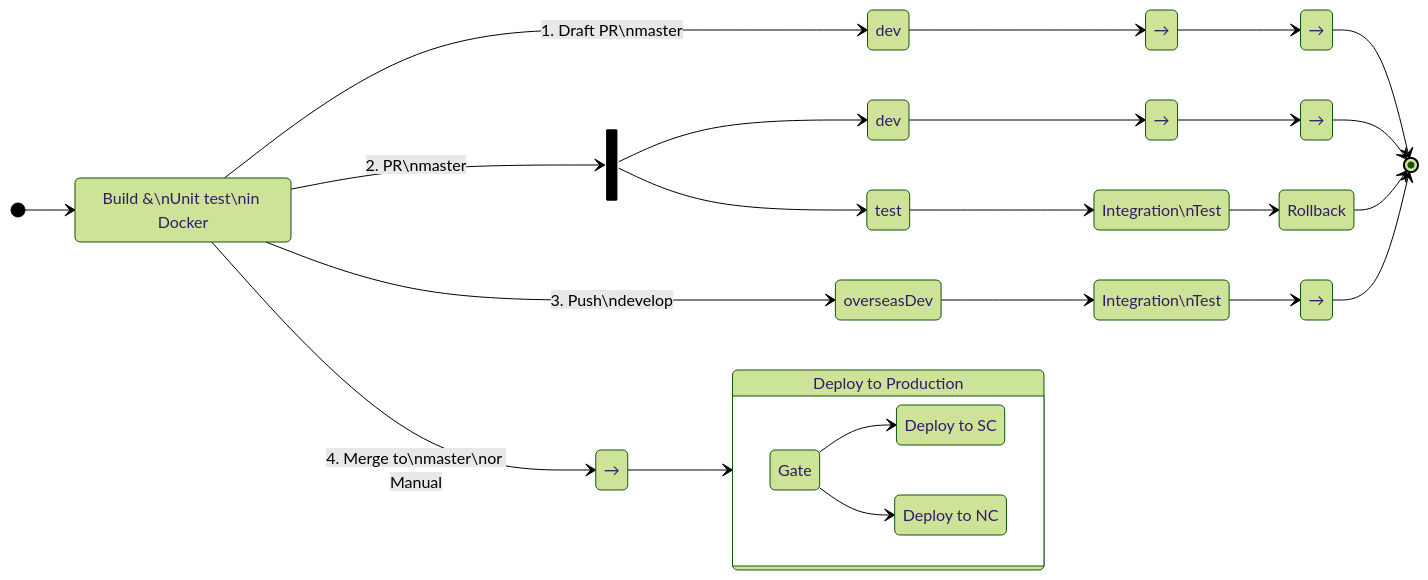
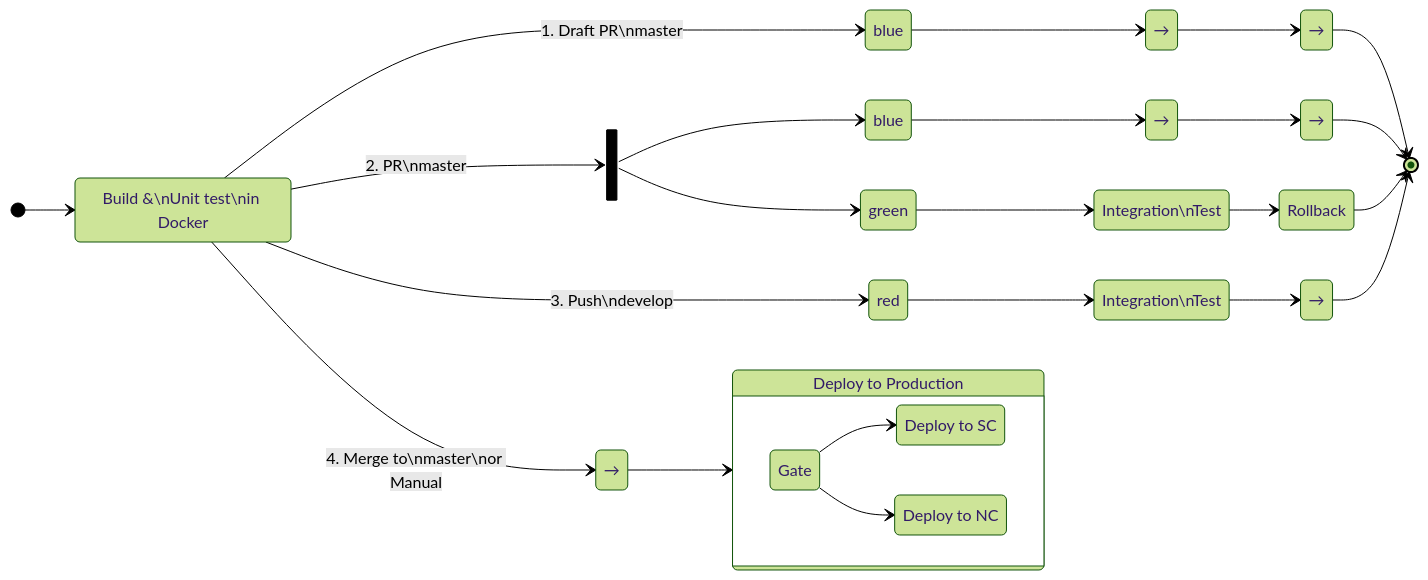
The diagram in _posts/2024-08-21-build-pipeline.md (Seekatar/seekatar.github.io), drawn with Mermaid (forest theme) before and after one commit. The commit also changed other lines of this file and 6 other files, not shown here.

````diff
--- a/_posts/2024-08-21-build-pipeline.md
+++ b/_posts/2024-08-21-build-pipeline.md
@@ -30,60 +33,60 @@
 ```mermaid
 stateDiagram
     direction LR
 
     state "Build &\nUnit test\nin Docker" as b
     state fork <<fork>>
 
     state "→" as i1
     state "→" as i2
     state "Integration\nTest" as i21
     state "Integration\nTest" as i4
 
     state "→" as r1
     state "→" as r2
     state "Rollback" as r21
     state "→" as r4
 
-    state "dev" as d1
-    state "dev" as d2
+    state "blue" as d1
+    state "blue" as d2
 
-    state "overseasDev" as nd
-    state "test" as t
+    state "red" as nd
+    state "green" as t
     state "→" as e2
 
 
     [*] --> b
 
     b --> d1 : 1. Draft PR\nmaster
     d1 --> i1
     i1 --> r1
     r1 --> [*]
 
     b --> fork : 2. PR\nmaster
     fork --> d2
     d2 --> i2
     i2 --> r2
     r2 --> [*]
     fork --> t
     t --> i21
     i21 --> r21
     r21 --> [*]
 
     b --> nd : 3. Push\ndevelop
     nd --> i4
     i4 --> r4
     r4 --> [*]
 
     state "Deploy to Production" as pp
     b --> e2 : 4. Merge to\nmaster\nor Manual
     e2 --> pp
 
 state pp {
     direction LR
     state "Gate" as g
     g --> x
     g --> y
     state "Deploy to SC" as x
     state "Deploy to NC" as y
 }
 ```
````
